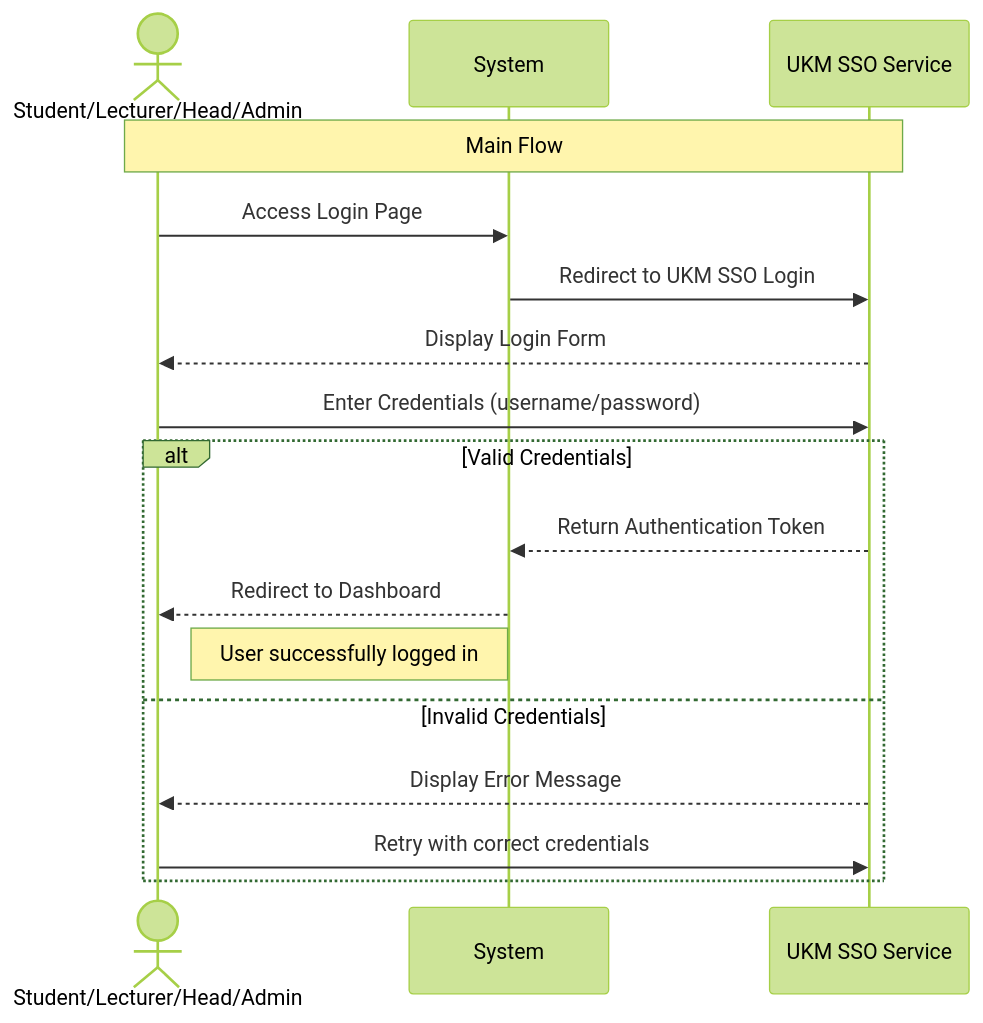
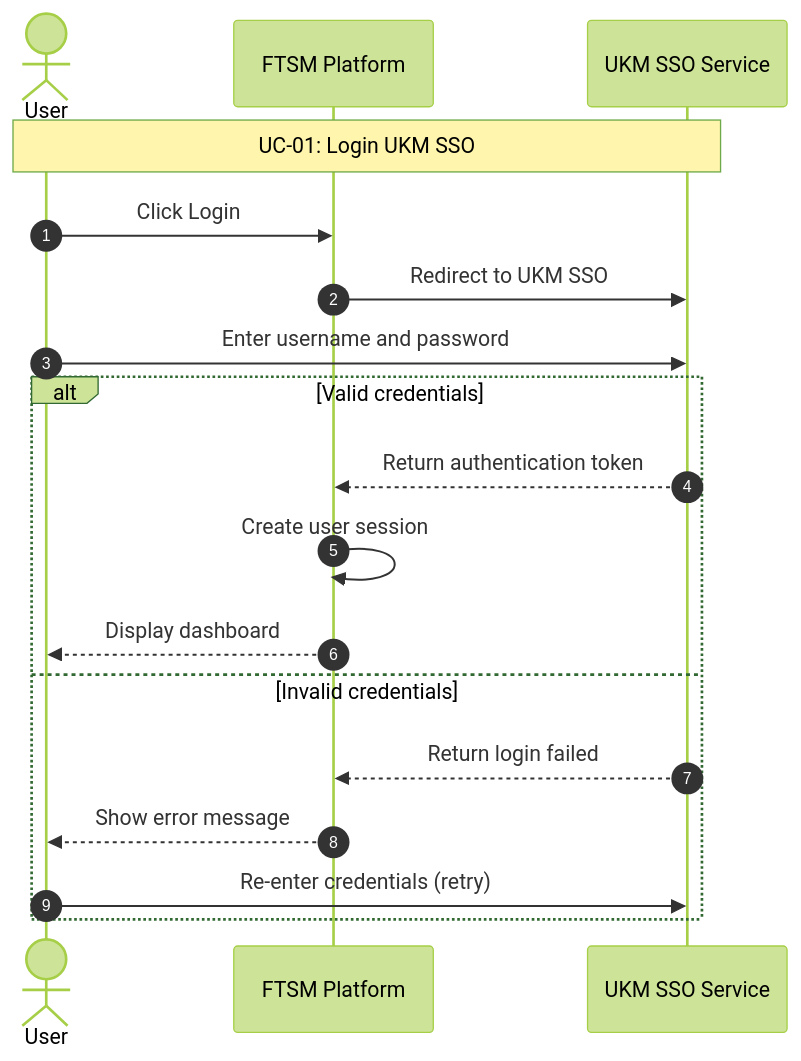
Before and after one commit to Lifantastic-O/iodraw-files: the diagram in all/未命名-1.md, drawn with Mermaid (forest theme).

Commit message:
2025-12-18 17:04:33 update

````diff
--- a/all/未命名-1.md
+++ b/all/未命名-1.md
@@ -1,20 +1,23 @@
 ```mermaid
 sequenceDiagram
-    actor User as Student/Lecturer/Head/Admin
-    participant System
-    participant SSO as UKM SSO Service
+autonumber
+actor User
+participant System as FTSM Platform
+participant SSO as UKM SSO Service
 
-    Note over User,SSO: Main Flow
-    User->>System: Access Login Page
-    System->>SSO: Redirect to UKM SSO Login
-    SSO-->>User: Display Login Form
-    User->>SSO: Enter Credentials (username/password)
-    alt Valid Credentials
-        SSO-->>System: Return Authentication Token
-        System-->>User: Redirect to Dashboard
-        Note right of User: User successfully logged in
-    else Invalid Credentials
-        SSO-->>User: Display Error Message
-        User->>SSO: Retry with correct credentials
-    end
+Note over User,SSO: UC-01: Login UKM SSO
+User->>System: Click Login
+System->>SSO: Redirect to UKM SSO
+User->>SSO: Enter username and password
+
+alt Valid credentials
+SSO-->>System: Return authentication token
+System->>System: Create user session
+System-->>User: Display dashboard
+else Invalid credentials
+SSO-->>System: Return login failed
+System-->>User: Show error message
+User->>SSO: Re-enter credentials (retry)
+end
+
 ```
````
